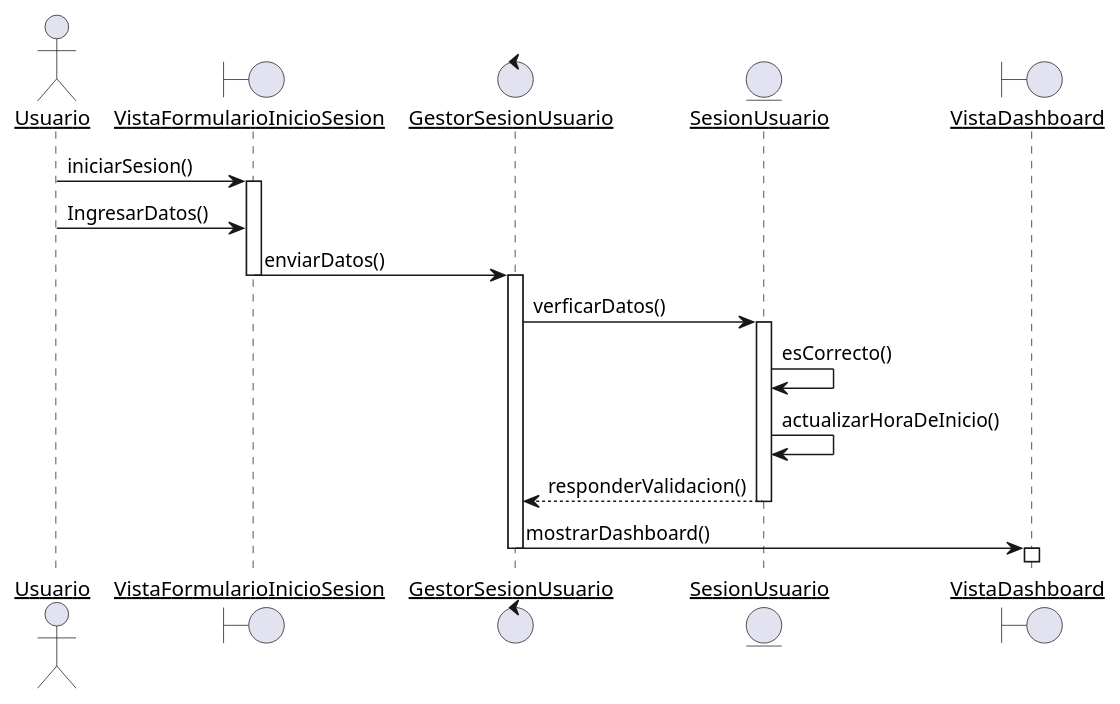
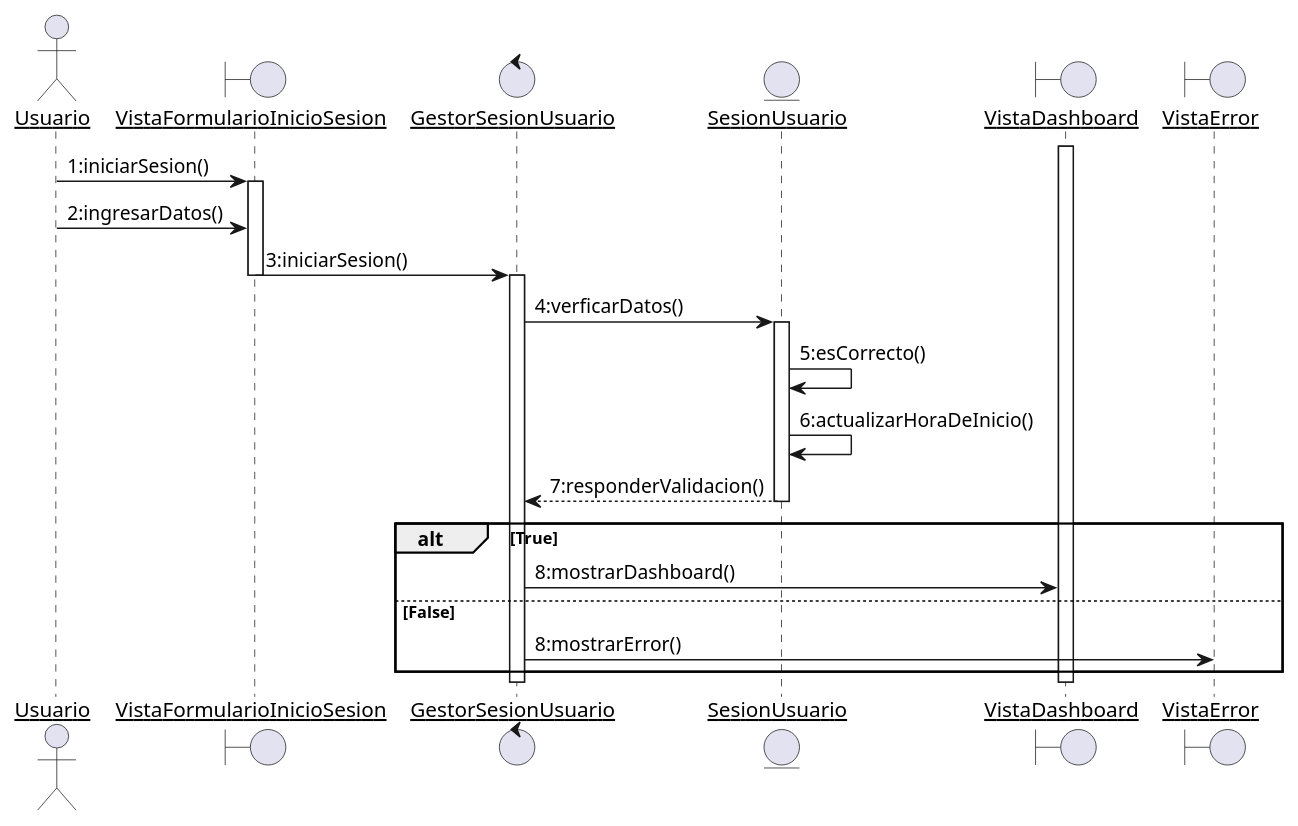
Before and after one commit to Samantha-Ramirez/ProyectoEquipo7ING: the diagram in docs/scenariosView/DisciplinaDeDisenio/DiagramaDeSecuenciaIniciarSesion.plantUML, drawn with PlantUML. The commit also changed 9 other files, not shown here.

Commit message:
Diagramas de secuencia Disciplina de disenio

```diff
--- a/docs/scenariosView/DisciplinaDeDisenio/DiagramaDeSecuenciaIniciarSesion.plantUML
+++ b/docs/scenariosView/DisciplinaDeDisenio/DiagramaDeSecuenciaIniciarSesion.plantUML
@@ -1,28 +1,33 @@
 @startuml DiagramaDeSecuenciaIniciarSesion
 skinparam sequenceParticipant underline
 
 actor Usuario as user
 boundary VistaFormularioInicioSesion
 control GestorSesionUsuario
 entity SesionUsuario
 boundary VistaDashboard
+boundary VistaError
 
 
-user -> VistaFormularioInicioSesion : iniciarSesion()
+user -> VistaFormularioInicioSesion : 1:iniciarSesion()
 activate VistaFormularioInicioSesion
-user -> VistaFormularioInicioSesion : IngresarDatos()
-VistaFormularioInicioSesion -> GestorSesionUsuario : enviarDatos()
+user -> VistaFormularioInicioSesion : 2:ingresarDatos()
+VistaFormularioInicioSesion -> GestorSesionUsuario : 3:iniciarSesion()
 deactivate VistaFormularioInicioSesion
 activate GestorSesionUsuario
-GestorSesionUsuario -> SesionUsuario : verficarDatos()
+GestorSesionUsuario -> SesionUsuario : 4:verficarDatos()
 activate SesionUsuario
-SesionUsuario -> SesionUsuario : esCorrecto()
-SesionUsuario -> SesionUsuario : actualizarHoraDeInicio()
-SesionUsuario --> GestorSesionUsuario : responderValidacion()
+SesionUsuario -> SesionUsuario : 5:esCorrecto()
+SesionUsuario -> SesionUsuario : 6:actualizarHoraDeInicio()
+SesionUsuario --> GestorSesionUsuario : 7:responderValidacion()
 deactivate SesionUsuario
-GestorSesionUsuario -> VistaDashboard : mostrarDashboard()
+alt True
+GestorSesionUsuario -> VistaDashboard : 8:mostrarDashboard()
+else False
+GestorSesionUsuario -> VistaError : 8:mostrarError()
+end
 deactivate GestorSesionUsuario
 activate VistaDashboard
 deactivate VistaDashboard
 
 @enduml
```
